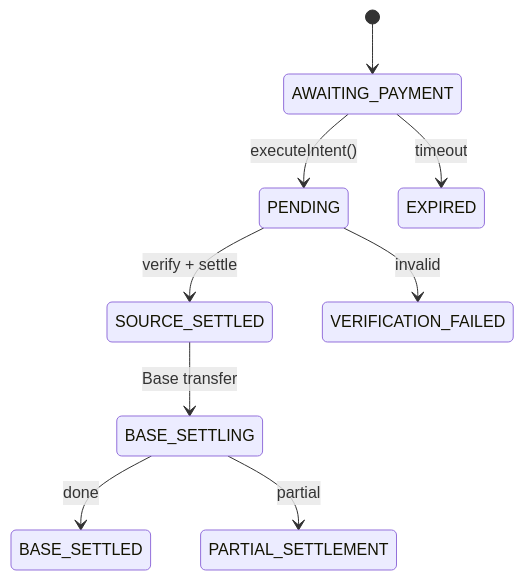
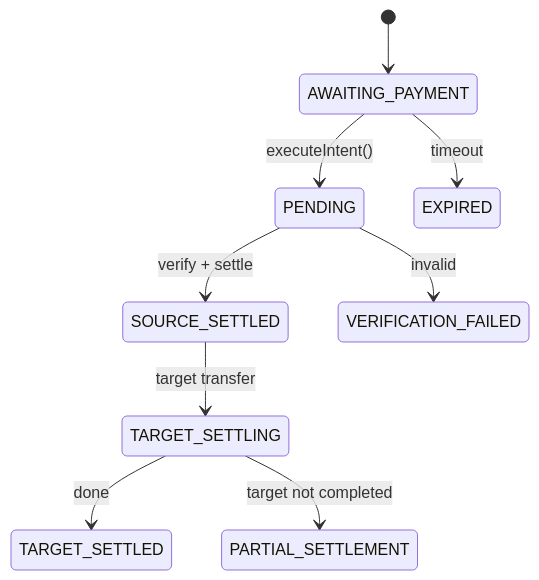
The diagram in skills/agent-authenticated-payment.md (agent-tech/agent-pay-docs), drawn with Mermaid before and after one commit. The commit also changed other lines of this file and 6 other files, not shown here.

````diff
--- a/skills/agent-authenticated-payment.md
+++ b/skills/agent-authenticated-payment.md
@@ -1032,11 +1034,11 @@
 ```mermaid
 stateDiagram-v2
     [*] --> AWAITING_PAYMENT
     AWAITING_PAYMENT --> PENDING: executeIntent()
     AWAITING_PAYMENT --> EXPIRED: timeout
     PENDING --> SOURCE_SETTLED: verify + settle
     PENDING --> VERIFICATION_FAILED: invalid
-    SOURCE_SETTLED --> BASE_SETTLING: Base transfer
-    BASE_SETTLING --> BASE_SETTLED: done
-    BASE_SETTLING --> PARTIAL_SETTLEMENT: partial
+    SOURCE_SETTLED --> TARGET_SETTLING: target transfer
+    TARGET_SETTLING --> TARGET_SETTLED: done
+    TARGET_SETTLING --> PARTIAL_SETTLEMENT: target not completed
 ```
````
